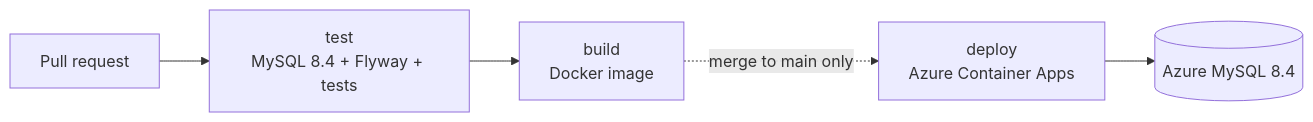
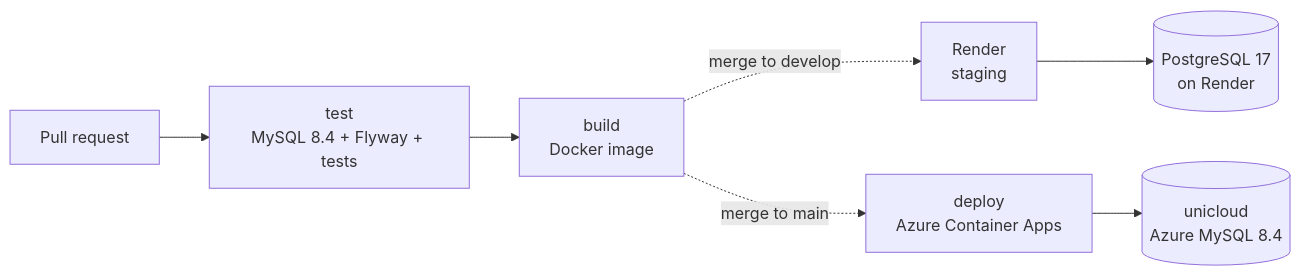
One commit to Alex-Tsvetanov/unicloud-portal changed the first of 2 diagrams in README.md. Above: the diagram before and after it, drawn with Mermaid. The commit also changed other lines of this file and 6 other files, not shown here.

First line of the commit message:
Run staging on Render's PostgreSQL; production stays on MySQL (#11)

````diff
--- a/README.md
+++ b/README.md
@@ -26,7 +29,9 @@
 ```mermaid
 flowchart LR
     PR[Pull request] --> T["test<br/>MySQL 8.4 + Flyway + tests"]
     T --> B["build<br/>Docker image"]
-    B -. merge to main only .-> D["deploy<br/>Azure Container Apps"]
-    D --> DB[("Azure MySQL 8.4")]
+    B -. merge to develop .-> S["Render<br/>staging"]
+    B -. merge to main .-> D["deploy<br/>Azure Container Apps"]
+    S --> SDB[("PostgreSQL 17<br/>on Render")]
+    D --> DB[("unicloud<br/>Azure MySQL 8.4")]
 ```
````
